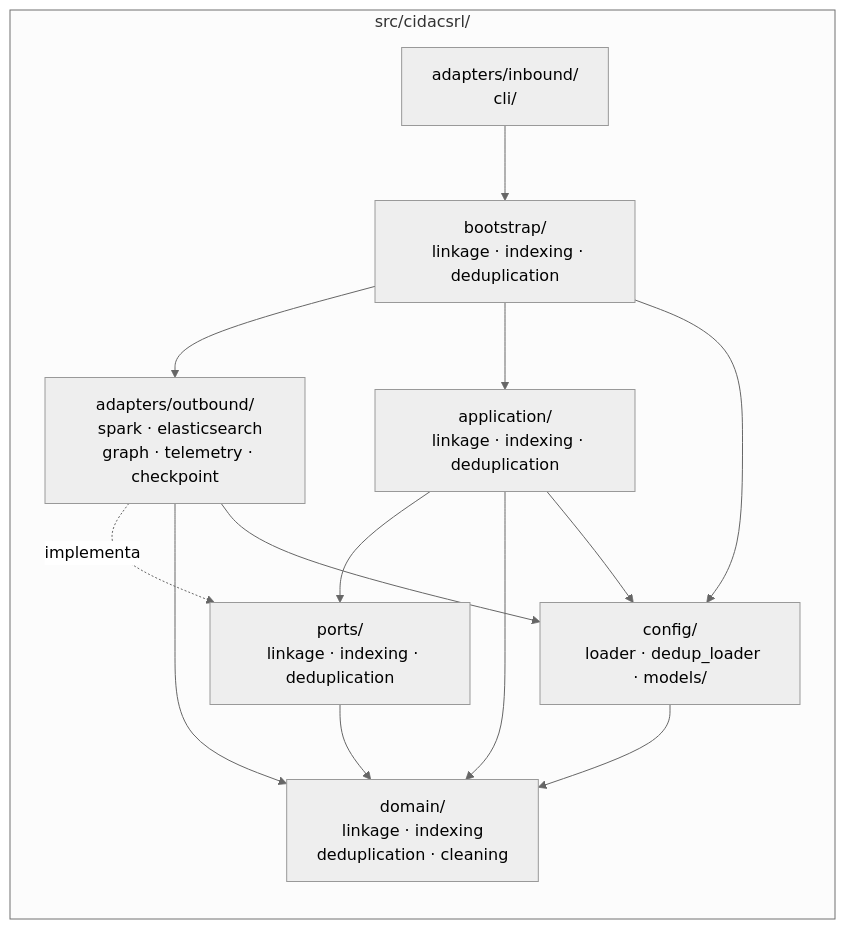
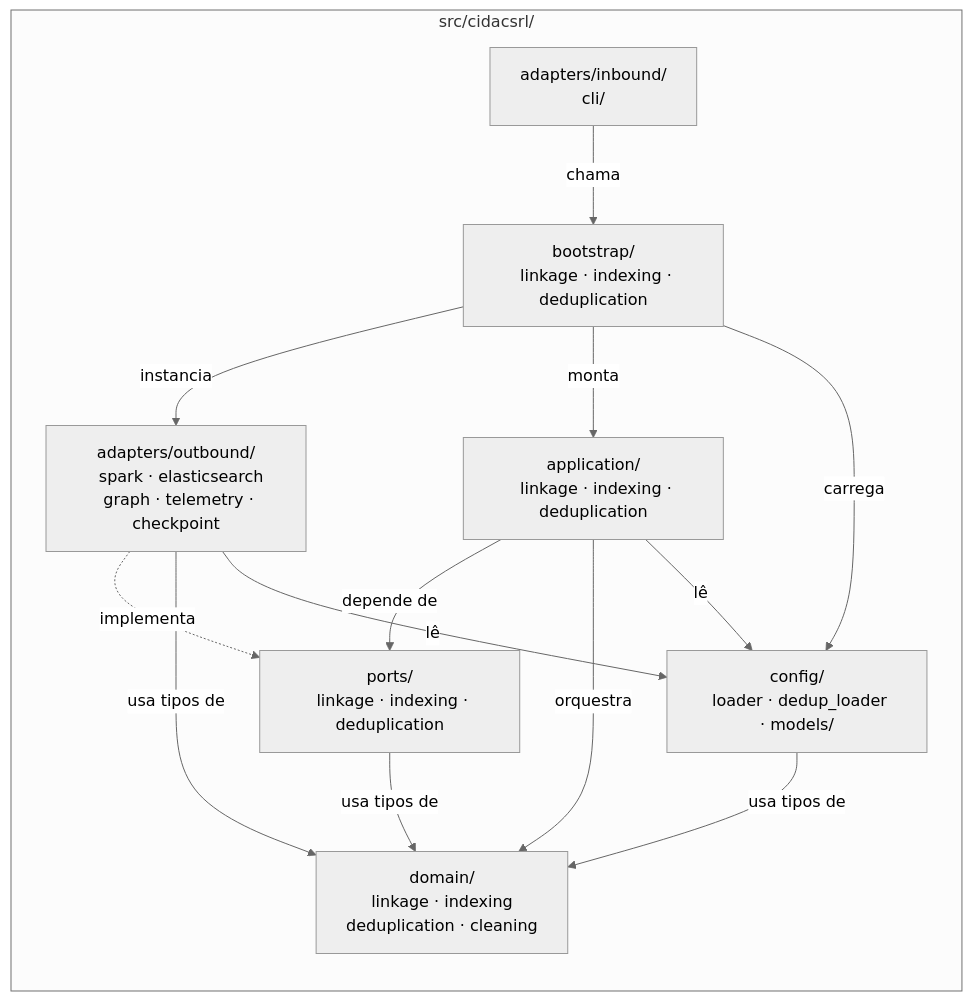
Before and after one commit to rafael-romao/cidacsrl: the third of 4 diagrams in docs/architecture/overview.md, drawn with Mermaid (neutral theme). The commit also changed other lines of this file, not shown here.

Commit message:
chore: add labels on diagrams

````diff
--- a/docs/architecture/overview.md
+++ b/docs/architecture/overview.md
@@ -91,26 +91,26 @@
 ```mermaid
 flowchart LR
     subgraph SRC["src/cidacsrl/"]
         direction TB
         PKG_IN["adapters/inbound/\n  cli/"]
         PKG_OUT["adapters/outbound/\n  spark · elasticsearch\n  graph · telemetry · checkpoint"]
         PKG_B["application/\n  linkage · indexing · deduplication"]
         PKG_C["bootstrap/\n  linkage · indexing · deduplication"]
         PKG_D["config/\n  loader · dedup_loader · models/"]
         PKG_E["domain/\n  linkage · indexing\n  deduplication · cleaning"]
         PKG_F["ports/\n  linkage · indexing · deduplication"]
     end
 
-    PKG_IN --> PKG_C
-    PKG_C --> PKG_OUT
-    PKG_C --> PKG_B
-    PKG_C --> PKG_D
-    PKG_B --> PKG_F
-    PKG_B --> PKG_E
-    PKG_B --> PKG_D
+    PKG_IN -->|"chama"| PKG_C
+    PKG_C -->|"instancia"| PKG_OUT
+    PKG_C -->|"monta"| PKG_B
+    PKG_C -->|"carrega"| PKG_D
+    PKG_B -->|"depende de"| PKG_F
+    PKG_B -->|"orquestra"| PKG_E
+    PKG_B -->|"lê"| PKG_D
     PKG_OUT -.->|"implementa"| PKG_F
-    PKG_OUT --> PKG_E
-    PKG_OUT --> PKG_D
-    PKG_F --> PKG_E
-    PKG_D --> PKG_E
+    PKG_OUT -->|"usa tipos de"| PKG_E
+    PKG_OUT -->|"lê"| PKG_D
+    PKG_F -->|"usa tipos de"| PKG_E
+    PKG_D -->|"usa tipos de"| PKG_E
 ```
````
